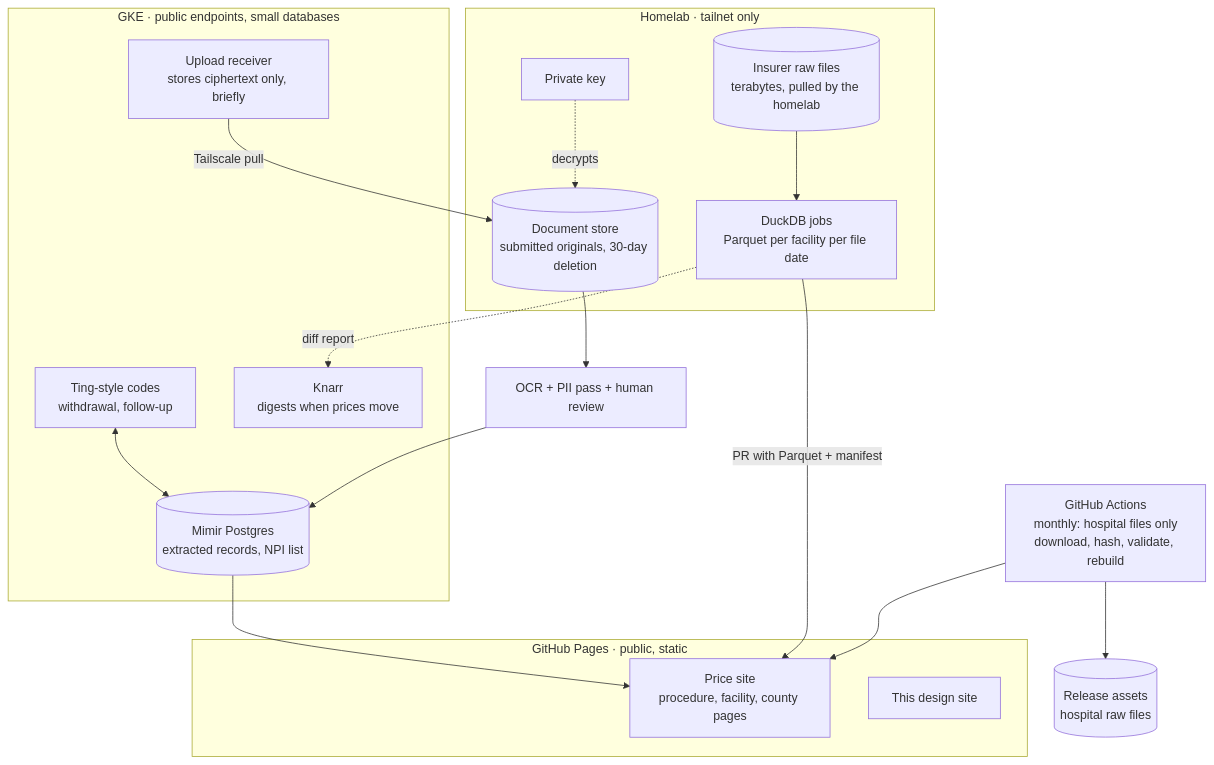
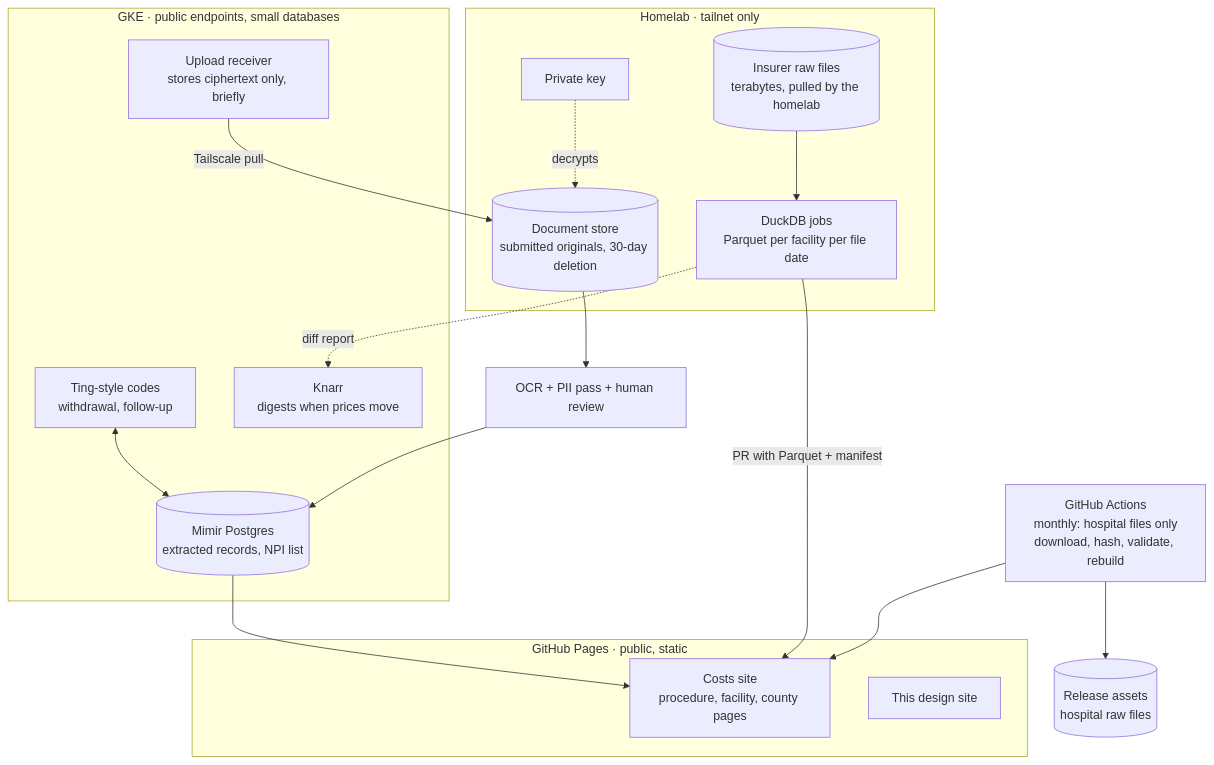
Before and after one commit to SiliconSaga/costs: the diagram in docs/architecture/overview.md, drawn with Mermaid. The commit also changed other lines of this file and 6 other files, not shown here.

First line of the commit message:
docs: the costs site, not the price site; domain recorded as decided

````diff
--- a/docs/architecture/overview.md
+++ b/docs/architecture/overview.md
@@ -5,29 +5,29 @@
 ```mermaid
 flowchart TB
     subgraph pages[GitHub Pages · public, static]
-        site[Price site<br/>procedure, facility, county pages]
+        site[Costs site<br/>procedure, facility, county pages]
         docs[This design site]
     end
     subgraph gke[GKE · public endpoints, small databases]
         ting[Ting-style codes<br/>withdrawal, follow-up]
         recv[Upload receiver<br/>stores ciphertext only, briefly]
         knarr[Knarr<br/>digests when prices move]
         db[(Mimir Postgres<br/>extracted records, NPI list)]
     end
     subgraph home[Homelab · tailnet only]
         hraw[(Insurer raw files<br/>terabytes, pulled by the homelab)]
         duck[DuckDB jobs<br/>Parquet per facility per file date]
         store[(Document store<br/>submitted originals, 30-day deletion)]
         key[Private key]
     end
     gha[GitHub Actions<br/>monthly: hospital files only<br/>download, hash, validate, rebuild] --> site
     gha --> rel[(Release assets<br/>hospital raw files)]
     hraw --> duck
     duck -- PR with Parquet + manifest --> site
     recv -- Tailscale pull --> store
     key -. decrypts .-> store
     store --> ocr[OCR + PII pass + human review] --> db
     db --> site
     duck -. diff report .-> knarr
     ting <--> db
 ```
````
